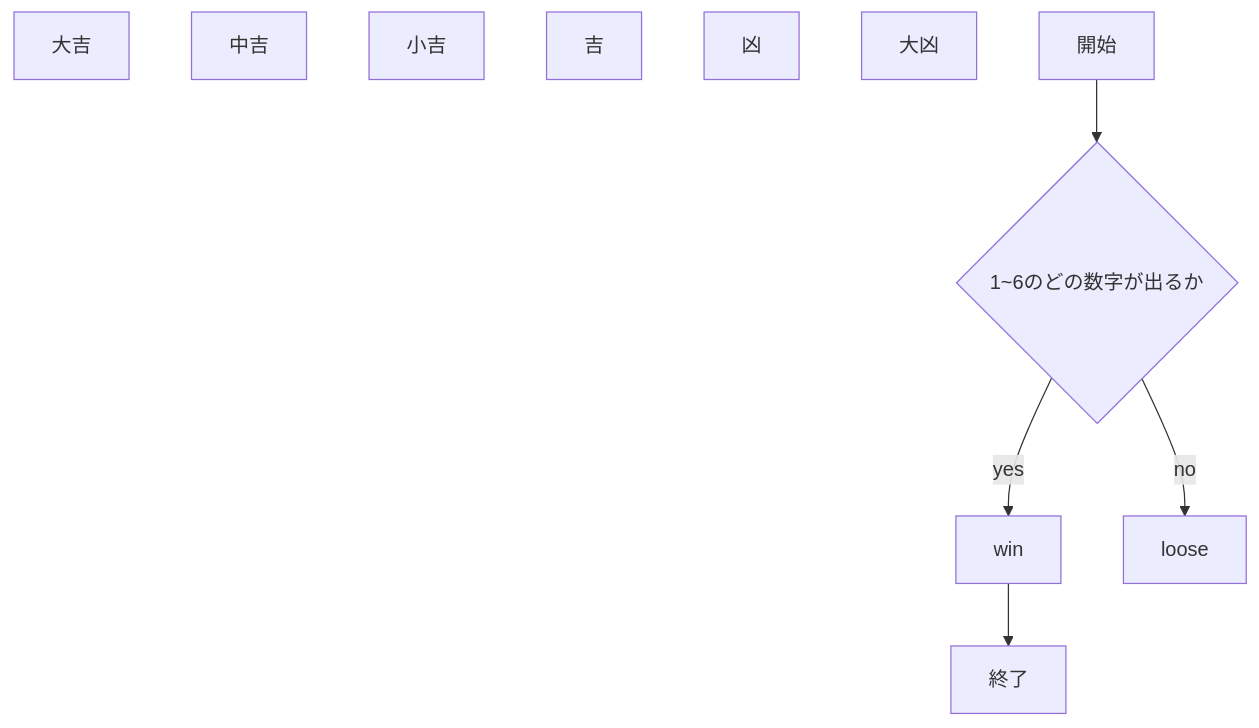
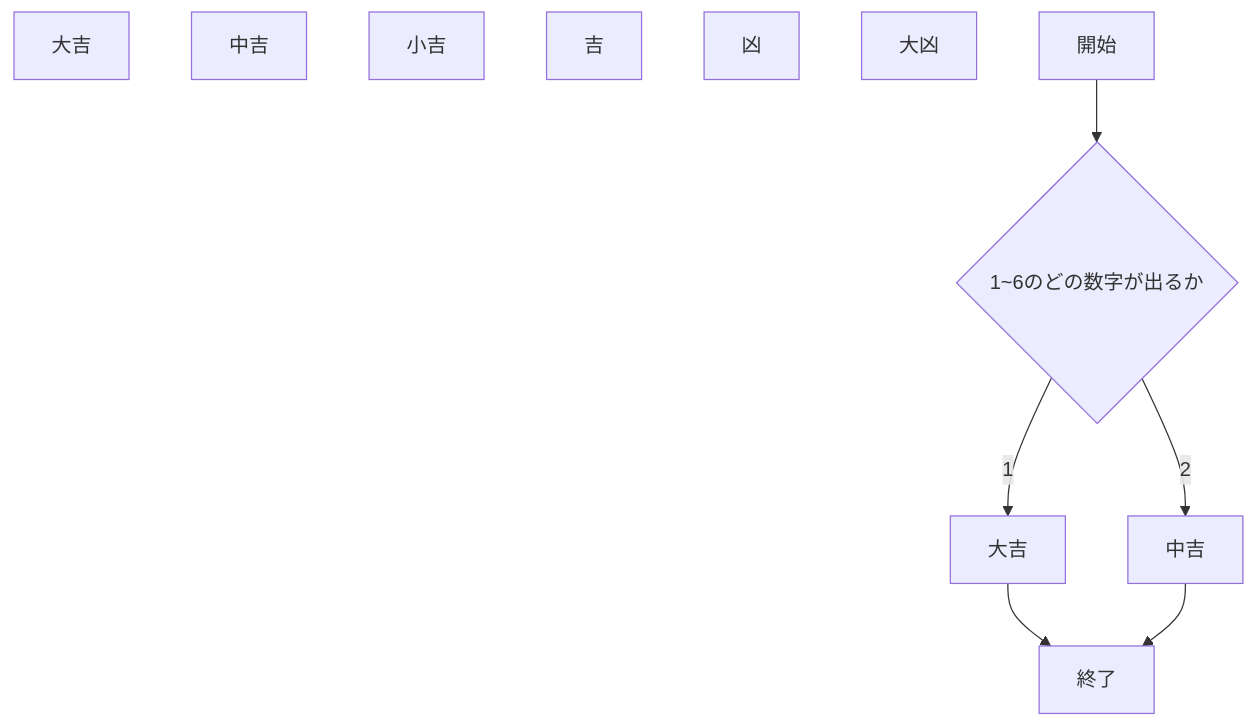
One commit to km919/webpro_06 changed the sixth of 6 diagrams in README.md. Above: the diagram before and after it, drawn with Mermaid.

Commit message:
11/18の02:55に編集済

````diff
--- a/README.md
+++ b/README.md
@@ -237,16 +237,17 @@
 ```mermaid
 flowchart TD;
 start["開始"];
 end1["終了"]
 if{"1~6のどの数字が出るか"}
 1["大吉"]
 2["中吉"]
 3["小吉"]
 4["吉"]
 5["凶"]
 6["大凶"]
 start --> if
-if -->|yes| win
-win --> end1
-if -->|no| loose
+if -->|1| 大吉
+大吉 --> end1
+if -->|2| 中吉
+中吉 --> end1 
 ```
````
